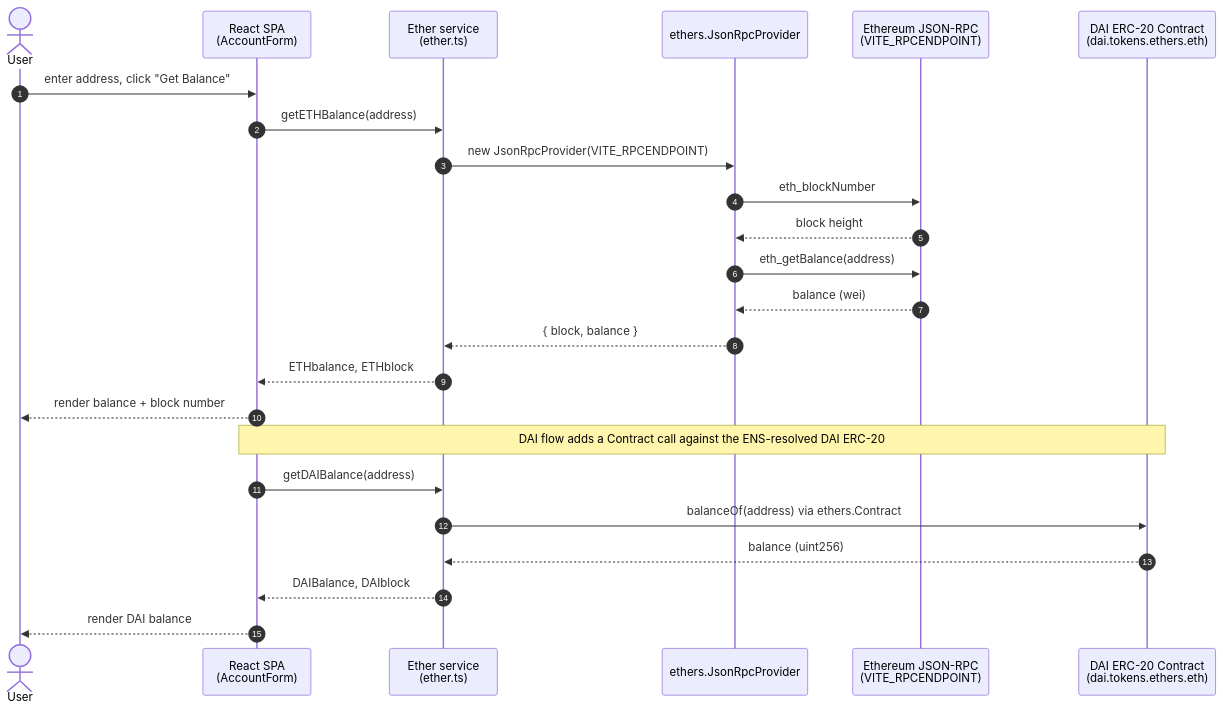
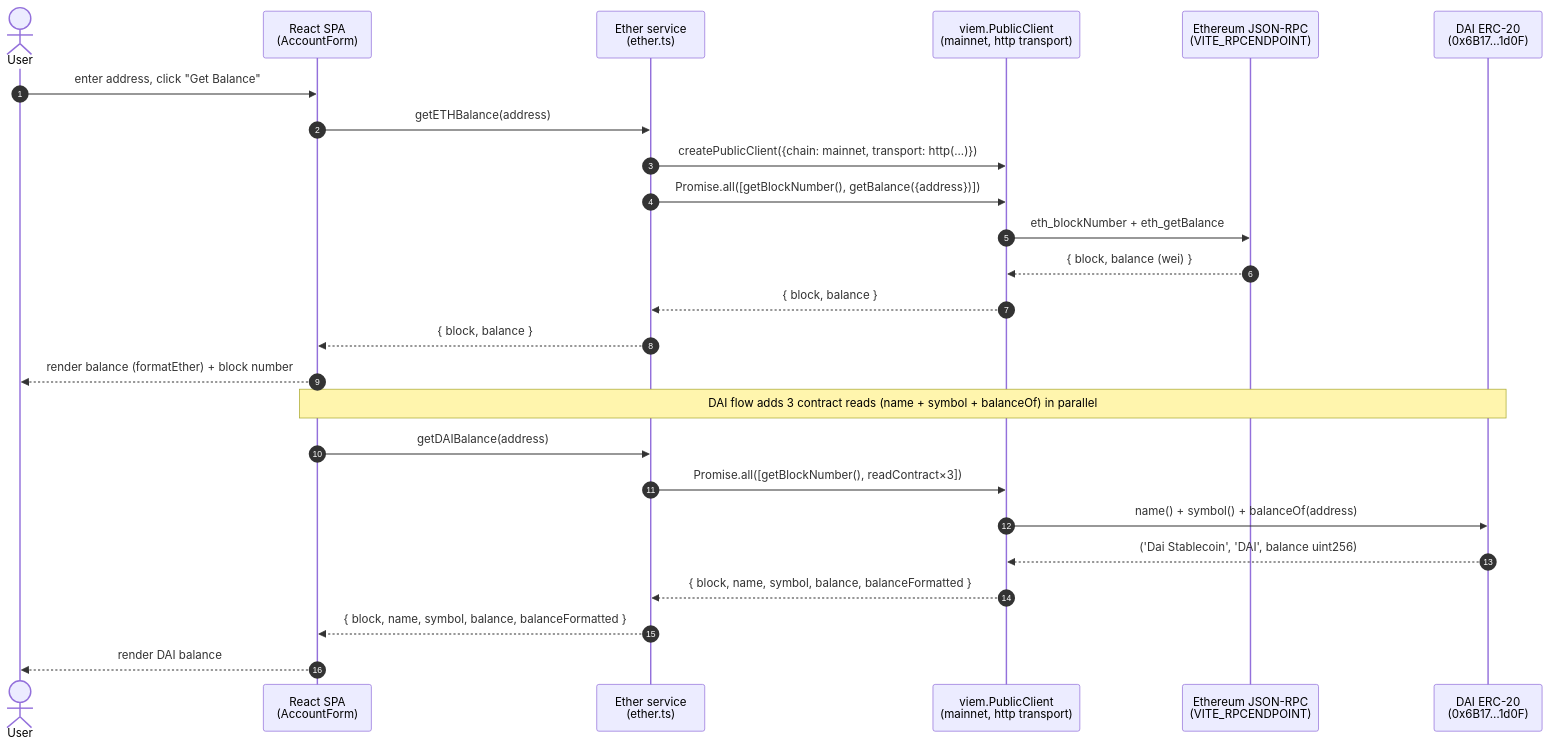
One commit to AndriyKalashnykov/web3-sample-app changed the second of 3 diagrams in README.md. Above: the diagram before and after it, drawn with Mermaid. The commit also changed other lines of this file and 9 other files, not shown here.

````diff
--- a/README.md
+++ b/README.md
@@ -83,28 +83,29 @@
 ```mermaid
 sequenceDiagram
   autonumber
   actor User
   participant SPA as React SPA<br/>(AccountForm)
   participant Ether as Ether service<br/>(ether.ts)
-  participant Provider as ethers.JsonRpcProvider
+  participant Client as viem.PublicClient<br/>(mainnet, http transport)
   participant RPC as Ethereum JSON-RPC<br/>(VITE_RPCENDPOINT)
-  participant DAI as DAI ERC-20 Contract<br/>(dai.tokens.ethers.eth)
+  participant DAI as DAI ERC-20<br/>(0x6B17…1d0F)
 
   User->>SPA: enter address, click "Get Balance"
   SPA->>Ether: getETHBalance(address)
-  Ether->>Provider: new JsonRpcProvider(VITE_RPCENDPOINT)
-  Provider->>RPC: eth_blockNumber
-  RPC-->>Provider: block height
-  Provider->>RPC: eth_getBalance(address)
-  RPC-->>Provider: balance (wei)
-  Provider-->>Ether: { block, balance }
-  Ether-->>SPA: ETHbalance, ETHblock
-  SPA-->>User: render balance + block number
+  Ether->>Client: createPublicClient({chain: mainnet, transport: http(...)})
+  Ether->>Client: Promise.all([getBlockNumber(), getBalance({address})])
+  Client->>RPC: eth_blockNumber + eth_getBalance
+  RPC-->>Client: { block, balance (wei) }
+  Client-->>Ether: { block, balance }
+  Ether-->>SPA: { block, balance }
+  SPA-->>User: render balance (formatEther) + block number
 
-  Note over SPA,DAI: DAI flow adds a Contract call against the ENS-resolved DAI ERC-20
+  Note over SPA,DAI: DAI flow adds 3 contract reads (name + symbol + balanceOf) in parallel
   SPA->>Ether: getDAIBalance(address)
-  Ether->>DAI: balanceOf(address) via ethers.Contract
-  DAI-->>Ether: balance (uint256)
-  Ether-->>SPA: DAIBalance, DAIblock
+  Ether->>Client: Promise.all([getBlockNumber(), readContract×3])
+  Client->>DAI: name() + symbol() + balanceOf(address)
+  DAI-->>Client: ('Dai Stablecoin', 'DAI', balance uint256)
+  Client-->>Ether: { block, name, symbol, balance, balanceFormatted }
+  Ether-->>SPA: { block, name, symbol, balance, balanceFormatted }
   SPA-->>User: render DAI balance
 ```
````
